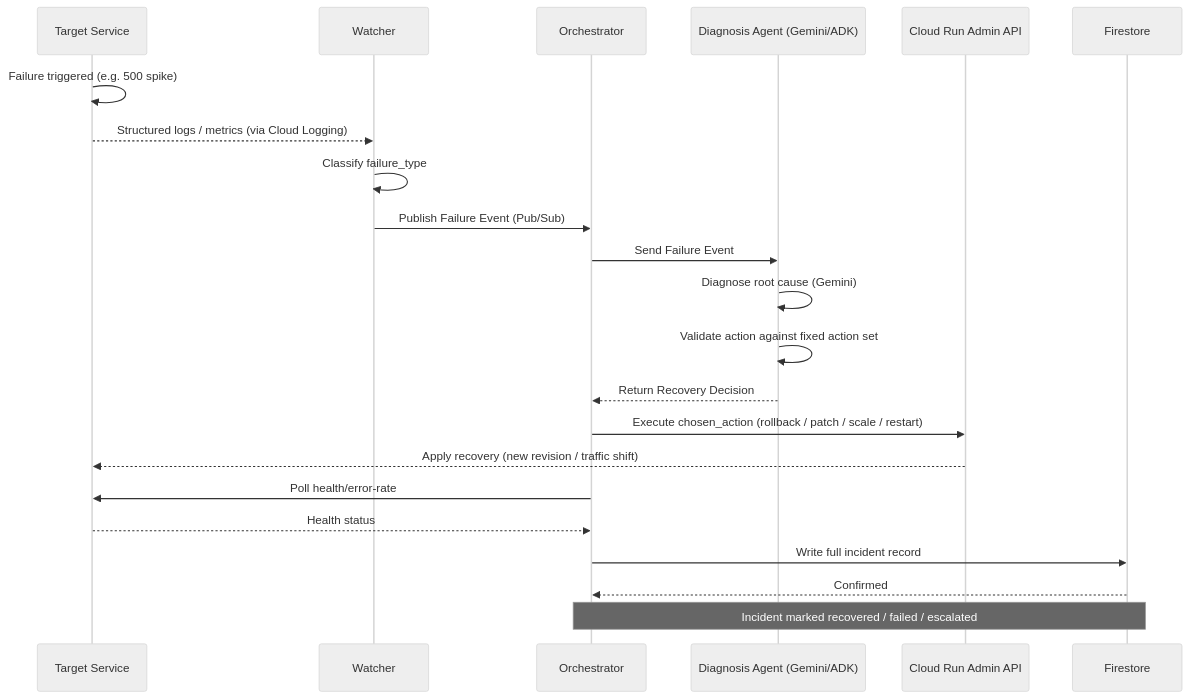
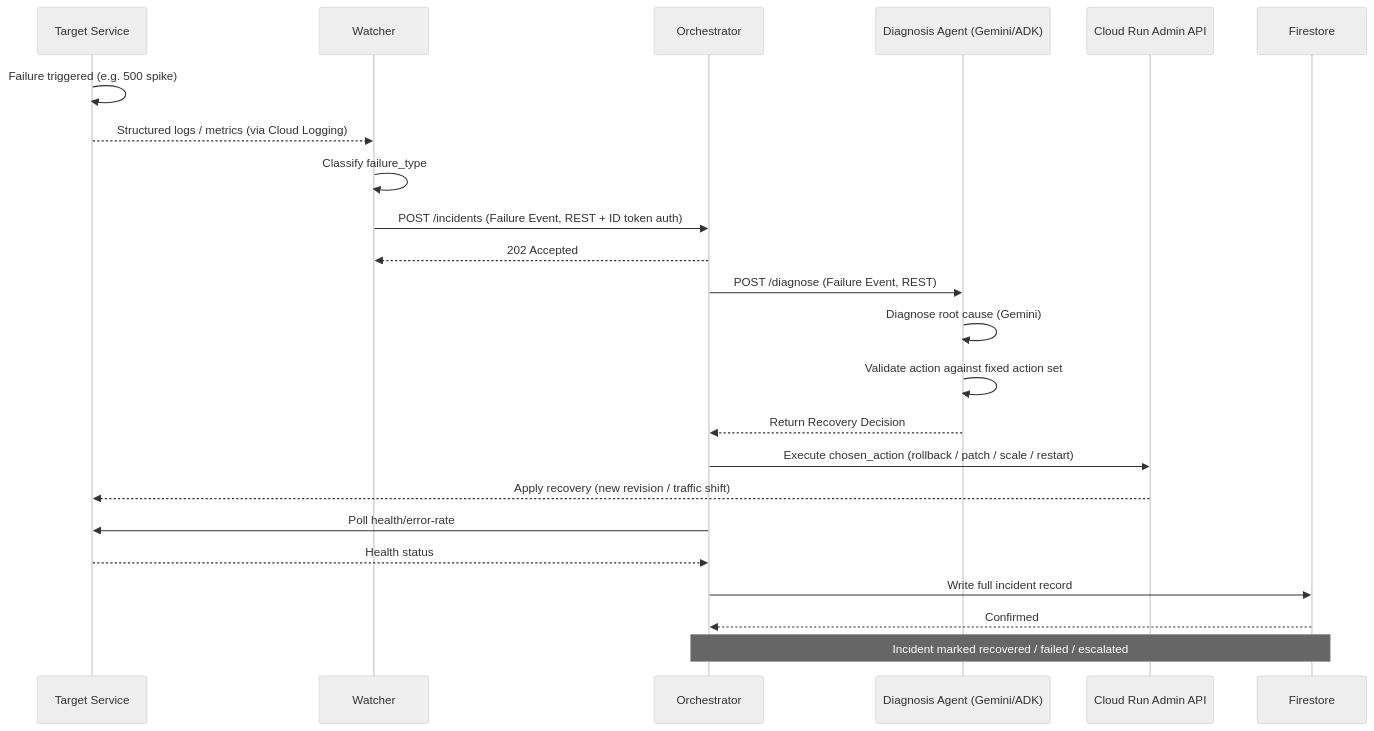
One commit to MdHananSjd/AutoMend changed the second of 2 diagrams in README.md. Above: the diagram before and after it, drawn with Mermaid (neutral theme). The commit also changed other lines of this file, not shown here.

Commit message:
architecture updates

````diff
--- a/README.md
+++ b/README.md
@@ -90,25 +86,26 @@
 ```mermaid
 sequenceDiagram
     participant T as Target Service
     participant W as Watcher
     participant O as Orchestrator
     participant D as Diagnosis Agent (Gemini/ADK)
     participant C as Cloud Run Admin API
     participant F as Firestore
 
     T->>T: Failure triggered (e.g. 500 spike)
     T-->>W: Structured logs / metrics (via Cloud Logging)
     W->>W: Classify failure_type
-    W->>O: Publish Failure Event (Pub/Sub)
-    O->>D: Send Failure Event
+    W->>O: POST /incidents (Failure Event, REST + ID token auth)
+    O-->>W: 202 Accepted
+    O->>D: POST /diagnose (Failure Event, REST)
     D->>D: Diagnose root cause (Gemini)
     D->>D: Validate action against fixed action set
     D-->>O: Return Recovery Decision
     O->>C: Execute chosen_action (rollback / patch / scale / restart)
     C-->>T: Apply recovery (new revision / traffic shift)
     O->>T: Poll health/error-rate
     T-->>O: Health status
     O->>F: Write full incident record
     F-->>O: Confirmed
     Note over O,F: Incident marked recovered / failed / escalated
 ```
````
